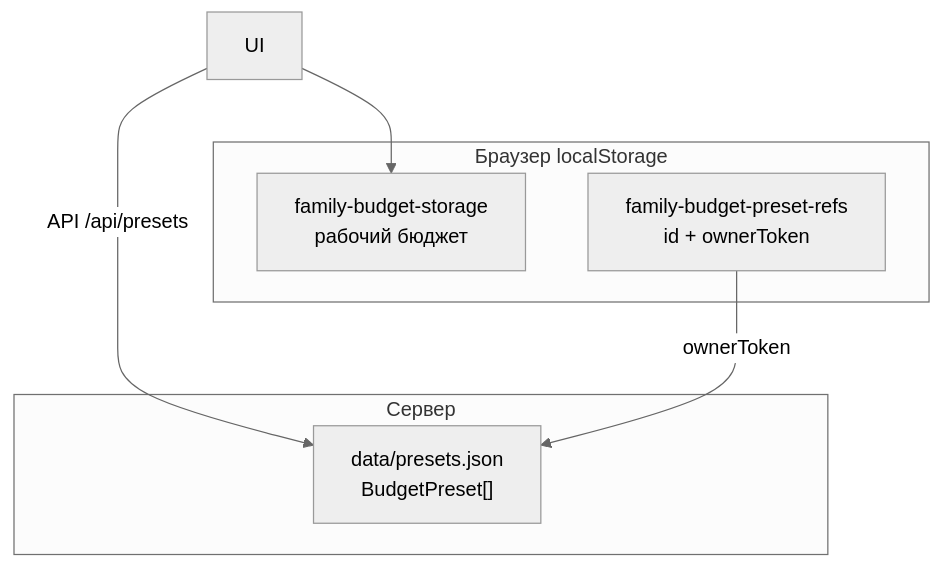
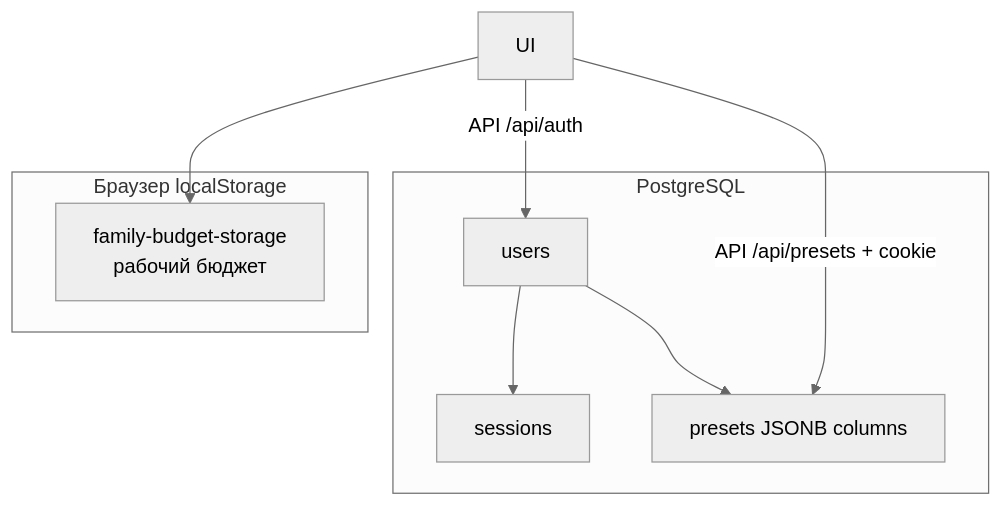
The first of 2 diagrams in database.md (merdovash/trip_budget), drawn with Mermaid (neutral theme) before and after one commit. The commit also changed other lines of this file and 32 other files, not shown here.

Commit message:
Store presets in PostgreSQL with email/password auth.

````diff
--- a/database.md
+++ b/database.md
@@ -17,13 +16,16 @@
 ```mermaid
 flowchart TB
-  subgraph server [Сервер]
-    PF["data/presets.json\nBudgetPreset[]"]
+  subgraph db [PostgreSQL]
+    U[users]
+    S[sessions]
+    P[presets JSONB columns]
   end
   subgraph browser [Браузер localStorage]
     BS["family-budget-storage\nрабочий бюджет"]
-    OR["family-budget-preset-refs\nid + ownerToken"]
   end
   UI[UI] --> BS
-  UI -->|API /api/presets| PF
-  OR -->|ownerToken| PF
+  UI -->|API /api/presets + cookie| P
+  UI -->|API /api/auth| U
+  U --> S
+  U --> P
 ```
````
